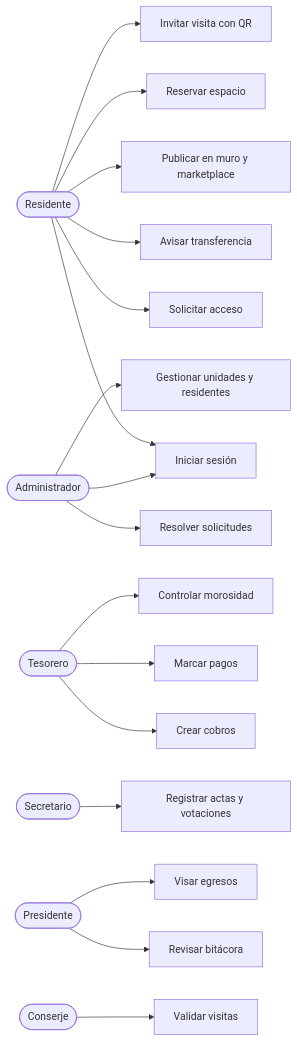
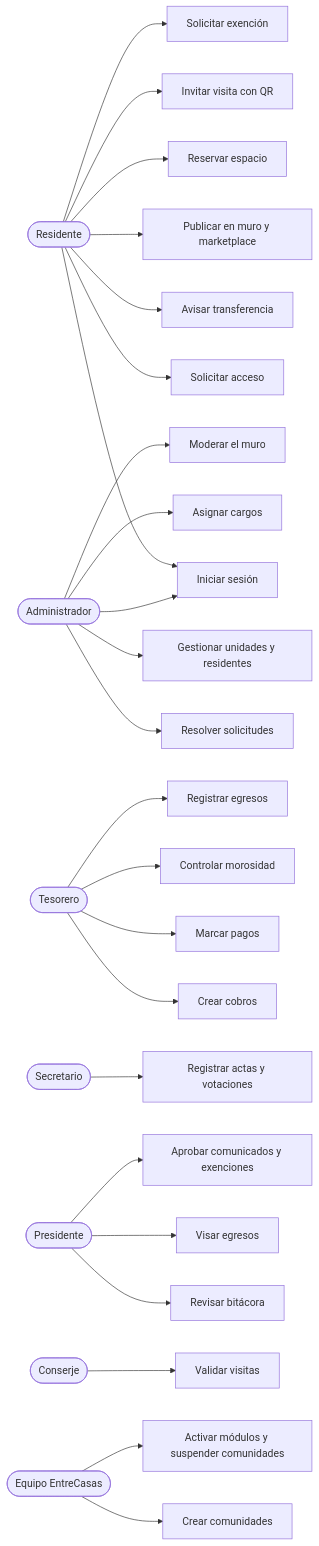
One commit to JonasMateosValenzuelaLopez/ProyectoTesis changed the first of 6 diagrams in FASE-2/Evidencias-Proyecto/Documentación/08-diagramas-uml.md. Above: the diagram before and after it, drawn with Mermaid. The commit also changed other lines of this file and 8 other files, not shown here.

````diff
--- a/FASE-2/Evidencias-Proyecto/Documentación/08-diagramas-uml.md
+++ b/FASE-2/Evidencias-Proyecto/Documentación/08-diagramas-uml.md
@@ -4,19 +4,26 @@
 ```mermaid
 flowchart LR
     R([Residente]) --> CU1[Solicitar acceso]
     R --> CU2[Iniciar sesión]
     R --> CU3[Avisar transferencia]
     R --> CU4[Publicar en muro y marketplace]
     R --> CU5[Reservar espacio]
     R --> CU6[Invitar visita con QR]
+    R --> CU16[Solicitar exención]
     A([Administrador]) --> CU2
     A --> CU7[Resolver solicitudes]
     A --> CU8[Gestionar unidades y residentes]
+    A --> CU17[Asignar cargos]
+    A --> CU18[Moderar el muro]
     T([Tesorero]) --> CU9[Crear cobros]
     T --> CU10[Marcar pagos]
     T --> CU11[Controlar morosidad]
+    T --> CU19[Registrar egresos]
     S([Secretario]) --> CU12[Registrar actas y votaciones]
     P([Presidente]) --> CU13[Revisar bitácora]
     P --> CU14[Visar egresos]
+    P --> CU20[Aprobar comunicados y exenciones]
     C([Conserje]) --> CU15[Validar visitas]
+    E([Equipo EntreCasas]) --> CU21[Crear comunidades]
+    E --> CU22[Activar módulos y suspender comunidades]
 ```
````
